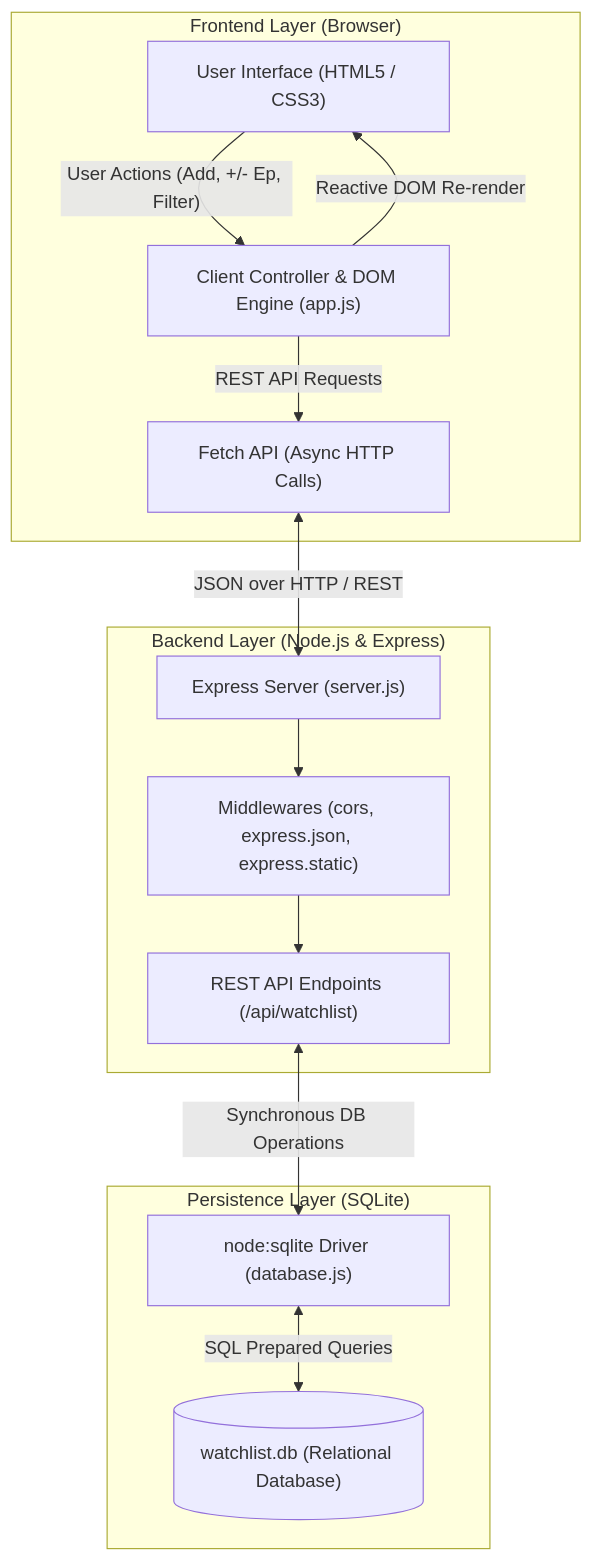
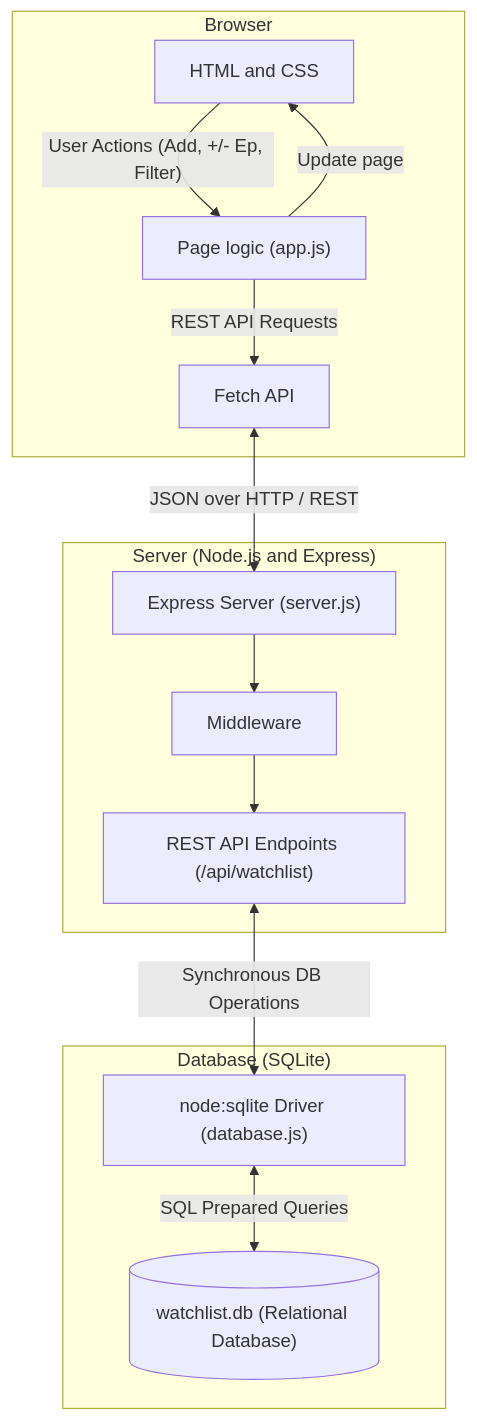
Before and after one commit to smrsrh-cs/next-up-watchlist: the first of 2 diagrams in README.md, drawn with Mermaid. The commit also changed other lines of this file and 8 other files, not shown here.

````diff
--- a/README.md
+++ b/README.md
@@ -25,28 +80,28 @@
 ```mermaid
 flowchart TD
-    subgraph Client ["Frontend Layer (Browser)"]
-        UI["User Interface (HTML5 / CSS3)"]
-        State["Client Controller & DOM Engine (app.js)"]
-        Fetch["Fetch API (Async HTTP Calls)"]
+    subgraph Client ["Browser"]
+        UI["HTML and CSS"]
+        State["Page logic (app.js)"]
+        Fetch["Fetch API"]
         UI -->|"User Actions (Add, +/- Ep, Filter)"| State
-        State -->|"Reactive DOM Re-render"| UI
+        State -->|"Update page"| UI
         State -->|"REST API Requests"| Fetch
     end
 
-    subgraph Server ["Backend Layer (Node.js & Express)"]
+    subgraph Server ["Server (Node.js and Express)"]
         Router["Express Server (server.js)"]
-        Middleware["Middlewares (cors, express.json, express.static)"]
+        Middleware["Middleware"]
         Endpoints["REST API Endpoints (/api/watchlist)"]
         Router --> Middleware
         Middleware --> Endpoints
     end
 
-    subgraph Database ["Persistence Layer (SQLite)"]
+    subgraph Database ["Database (SQLite)"]
         Driver["node:sqlite Driver (database.js)"]
         DBFile[("watchlist.db (Relational Database)")]
         Driver <-->|"SQL Prepared Queries"| DBFile
     end
 
     Fetch <-->|"JSON over HTTP / REST"| Router
     Endpoints <-->|"Synchronous DB Operations"| Driver
 ```
````
